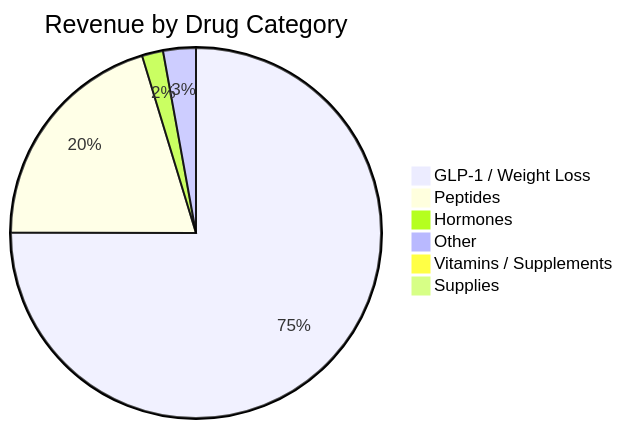
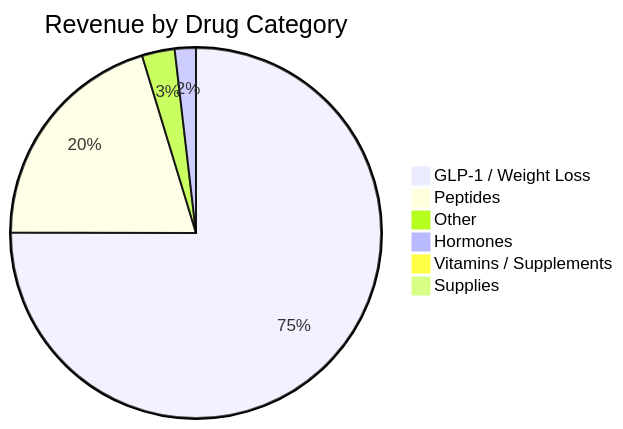
One commit to mmousseau-boom/Clinic-Ordering-History changed the second of 2 diagrams in README.md. Above: the diagram before and after it, drawn with Mermaid. The commit also changed other lines of this file, not shown here.

````diff
--- a/README.md
+++ b/README.md
@@ -74,9 +610,9 @@
 ```mermaid
 pie title Revenue by Drug Category
     "GLP-1 / Weight Loss" : 2200526
     "Peptides" : 593970
+    "Other" : 83736
     "Hormones" : 54099
-    "Other" : 83736
     "Vitamins / Supplements" : 8384
     "Supplies" : 6123
 ```
````
